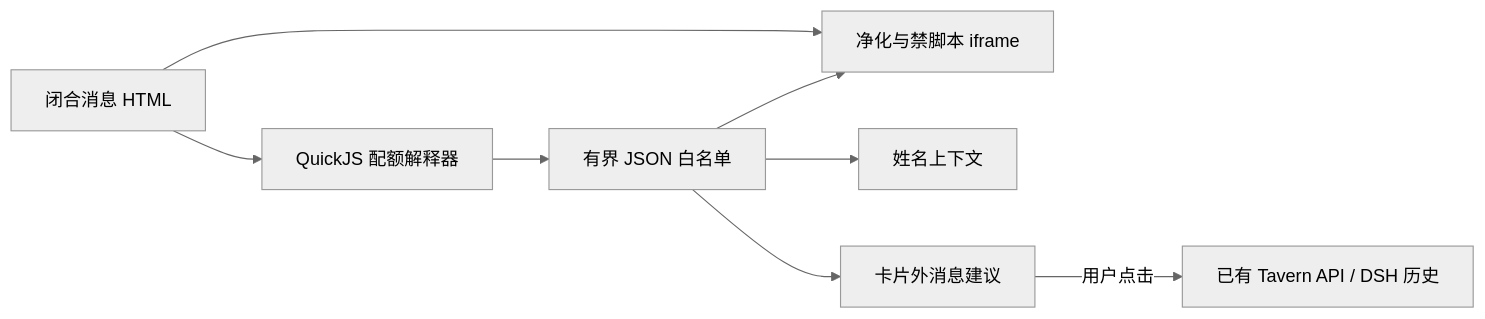
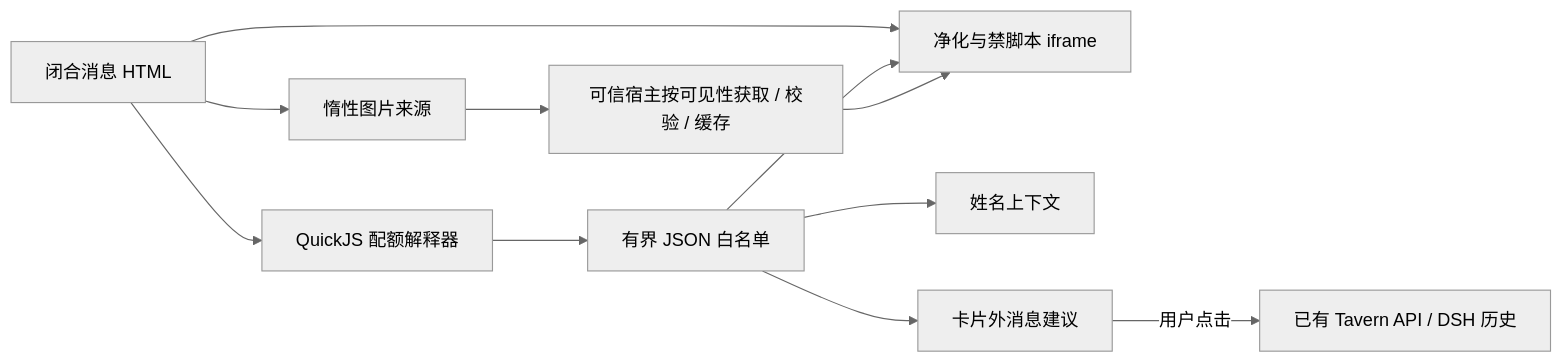
One commit to Player-MINEPIG/dsh-tavern changed the second of 3 diagrams in docs/CONVERSATION_PRESENTATION.md. Above: the diagram before and after it, drawn with Mermaid (neutral theme). The commit also changed other lines of this file and 14 other files, not shown here.

````diff
--- a/docs/CONVERSATION_PRESENTATION.md
+++ b/docs/CONVERSATION_PRESENTATION.md
@@ -72,10 +72,13 @@
 ```mermaid
 flowchart LR
   A[闭合消息 HTML] --> B[净化与禁脚本 iframe]
   A --> C[QuickJS 配额解释器]
   C --> D[有界 JSON 白名单]
   D --> B
   D --> E[姓名上下文]
   D --> F[卡片外消息建议]
   F -->|用户点击| G[已有 Tavern API / DSH 历史]
+  A --> H[惰性图片来源]
+  H --> I[可信宿主按可见性获取 / 校验 / 缓存]
+  I --> B
 ```
````
